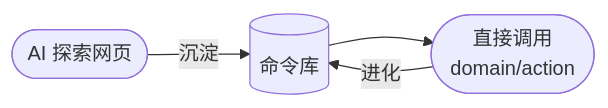
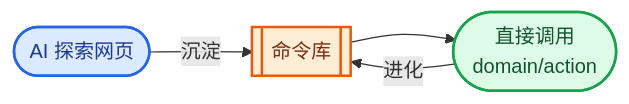
One commit to bqw1013/WebSculpt changed the diagram in README.md. Above: the diagram before and after it, drawn with Mermaid. The commit also changed 1 other file, not shown here.

Commit message:
docs: use colored mermaid flowchart in README

````diff
--- a/README.md
+++ b/README.md
@@ -17,6 +17,14 @@
 ```mermaid
 flowchart LR
-    A([AI 探索网页]) -->|沉淀| B[(命令库)]
+    A([AI 探索网页]) -->|沉淀| B[[命令库]]
     B --> C([直接调用<br/>domain/action])
     C -->|进化| B
+
+    classDef explore fill:#dbeafe,stroke:#2563eb,stroke-width:2px,color:#1e3a8a
+    classDef store fill:#ffedd5,stroke:#ea580c,stroke-width:2px,color:#7c2d12
+    classDef reuse fill:#dcfce7,stroke:#16a34a,stroke-width:2px,color:#14532d
+
+    class A explore
+    class B store
+    class C reuse
 ```
````
